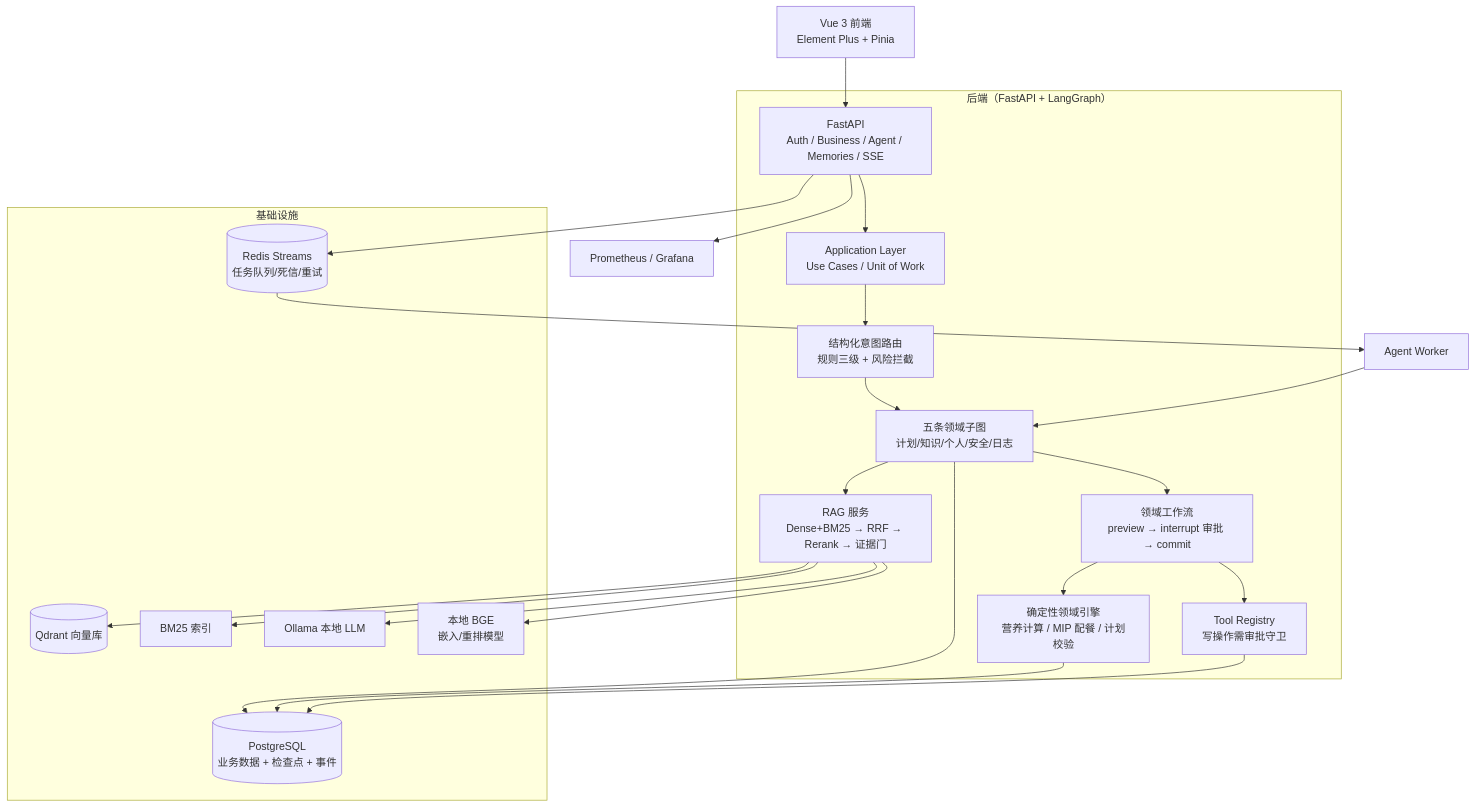
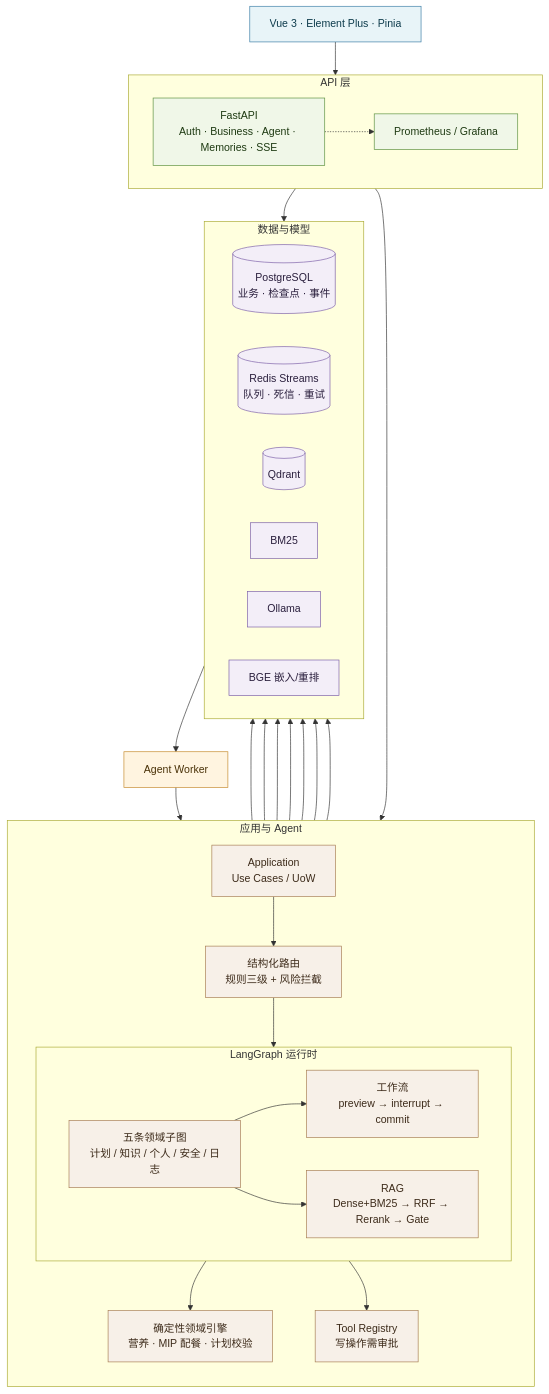
One commit to yytbjx/FitPilot changed the diagram in README.md. Above: the diagram before and after it, drawn with Mermaid.

Commit message:
docs: restyle README architecture diagram for clearer layers
Reorganize the mermaid overview into client / API / runtime / data planes with lighter styling and fewer crossed edges.

````diff
--- a/README.md
+++ b/README.md
@@ -55,31 +55,72 @@
 ```mermaid
 flowchart TB
-    Vue[Vue 3 前端<br/>Element Plus + Pinia] --> API[FastAPI<br/>Auth / Business / Agent / Memories / SSE]
+    %% ── Client ──
+    Vue["Vue 3 · Element Plus · Pinia"]
 
-    subgraph Backend["后端（FastAPI + LangGraph）"]
-        API --> App[Application Layer<br/>Use Cases / Unit of Work]
-        App --> Router[结构化意图路由<br/>规则三级 + 风险拦截]
-        Router --> SG[五条领域子图<br/>计划/知识/个人/安全/日志]
-        SG --> WF[领域工作流<br/>preview → interrupt 审批 → commit]
-        SG --> RAG[RAG 服务<br/>Dense+BM25 → RRF → Rerank → 证据门]
-        WF --> Domain[确定性领域引擎<br/>营养计算 / MIP 配餐 / 计划校验]
-        WF --> Tools[Tool Registry<br/>写操作需审批守卫]
+    %% ── API edge ──
+    subgraph Edge["API 层"]
+        direction LR
+        API["FastAPI<br/>Auth · Business · Agent · Memories · SSE"]
+        Prom["Prometheus / Grafana"]
     end
 
-    subgraph Infra["基础设施"]
-        PG[(PostgreSQL<br/>业务数据 + 检查点 + 事件)]
-        Redis[(Redis Streams<br/>任务队列/死信/重试)]
-        Qdrant[(Qdrant 向量库)]
-        BM25[BM25 索引]
-        Ollama[Ollama 本地 LLM]
-        BGE[本地 BGE<br/>嵌入/重排模型]
+    %% ── Application + Agent ──
+    subgraph Core["应用与 Agent"]
+        direction TB
+        App["Application<br/>Use Cases / UoW"]
+        Router["结构化路由<br/>规则三级 + 风险拦截"]
+
+        subgraph Runtime["LangGraph 运行时"]
+            direction LR
+            SG["五条领域子图<br/>计划 / 知识 / 个人 / 安全 / 日志"]
+            WF["工作流<br/>preview → interrupt → commit"]
+            RAG["RAG<br/>Dense+BM25 → RRF → Rerank → Gate"]
+        end
+
+        Domain["确定性领域引擎<br/>营养 · MIP 配餐 · 计划校验"]
+        Tools["Tool Registry<br/>写操作需审批"]
     end
 
-    API --> Redis --> Worker[Agent Worker]
-    Worker --> SG
+    %% ── Data plane ──
+    subgraph Data["数据与模型"]
+        direction LR
+        PG[("PostgreSQL<br/>业务 · 检查点 · 事件")]
+        Redis[("Redis Streams<br/>队列 · 死信 · 重试")]
+        Qdrant[("Qdrant")]
+        BM25["BM25"]
+        Ollama["Ollama"]
+        BGE["BGE 嵌入/重排"]
+    end
+
+    Worker["Agent Worker"]
+
+    Vue --> API
+    API --> App
+    API -.-> Prom
+    App --> Router --> SG
+    SG --> WF
+    SG --> RAG
+    WF --> Domain
+    WF --> Tools
+
+    API --> Redis --> Worker --> SG
     SG --> PG
-    RAG --> Qdrant & BM25 & BGE & Ollama
     Domain --> PG
     Tools --> PG
-    API --> Prom[Prometheus / Grafana]
+    RAG --> Qdrant
+    RAG --> BM25
+    RAG --> BGE
+    RAG --> Ollama
+
+    classDef client fill:#e8f4f8,stroke:#3a7ca5,color:#0d3b4c
+    classDef edge fill:#f0f7e8,stroke:#5a8f3c,color:#1e3a12
+    classDef core fill:#f7f0e8,stroke:#a67c52,color:#3d2b1a
+    classDef data fill:#f3eef8,stroke:#7a5ea7,color:#2a1f3d
+    classDef worker fill:#fff4e0,stroke:#c4892a,color:#4a3208
+
+    class Vue client
+    class API,Prom edge
+    class App,Router,SG,WF,RAG,Domain,Tools core
+    class PG,Redis,Qdrant,BM25,Ollama,BGE data
+    class Worker worker
 ```
````
